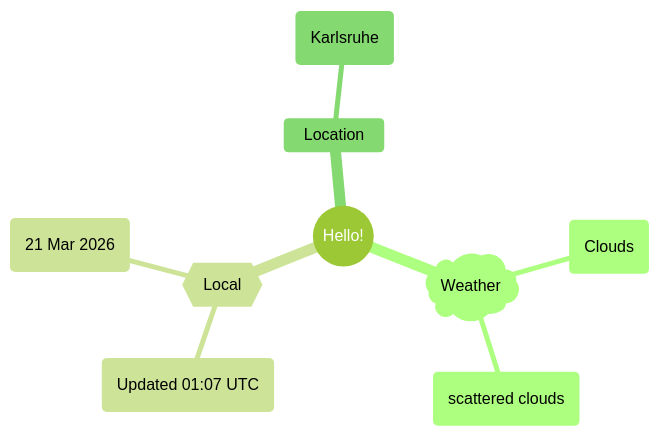
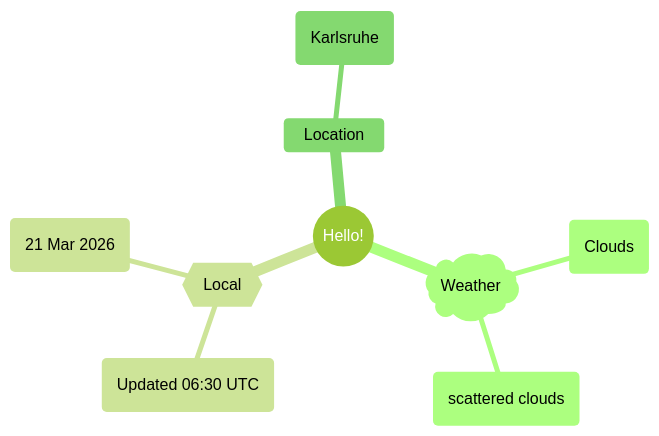
Before and after one commit to Xosrov/Xosrov: the first of 2 diagrams in README.md, drawn with Mermaid (forest theme).

Commit message:
[bot] updated images

````diff
--- a/README.md
+++ b/README.md
@@ -3,12 +3,12 @@
 ```mermaid
 mindmap
   root((Hello!))
     )Weather(
         (Clouds)
         (scattered clouds)
     {{Local}}
-        (Updated 01:07 UTC)
+        (Updated 06:30 UTC)
         (21 Mar 2026)
     Location
         (Karlsruhe)
 ```
````
